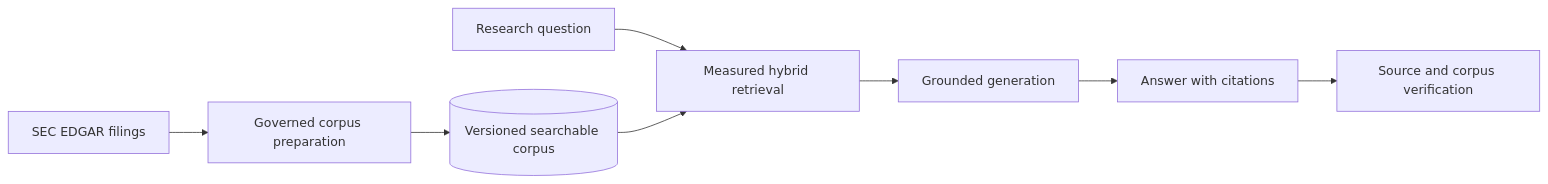
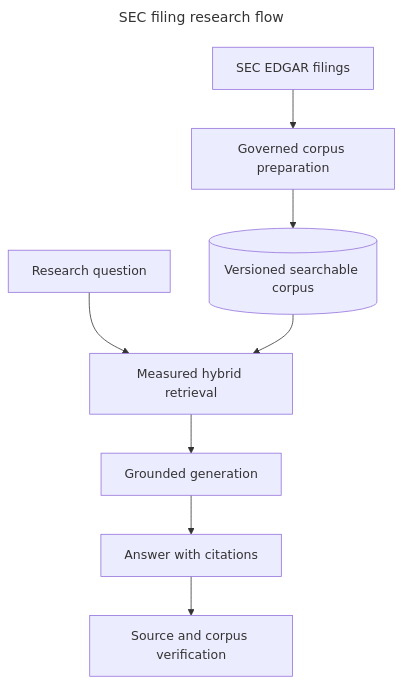
Before and after one commit to hongchit/sec-filing-rag-poc: the diagram in README.md, drawn with Mermaid. The commit also changed other lines of this file and 43 other files, not shown here.

````diff
--- a/README.md
+++ b/README.md
@@ -92,10 +92,13 @@
 ```mermaid
-flowchart LR
+---
+title: SEC filing research flow
+---
+flowchart TD
   SEC[SEC EDGAR filings] --> P[Governed corpus preparation]
   P --> C[(Versioned searchable corpus)]
   Q[Research question] --> R[Measured hybrid retrieval]
   C --> R
   R --> G[Grounded generation]
   G --> A[Answer with citations]
   A --> V[Source and corpus verification]
 ```
````
